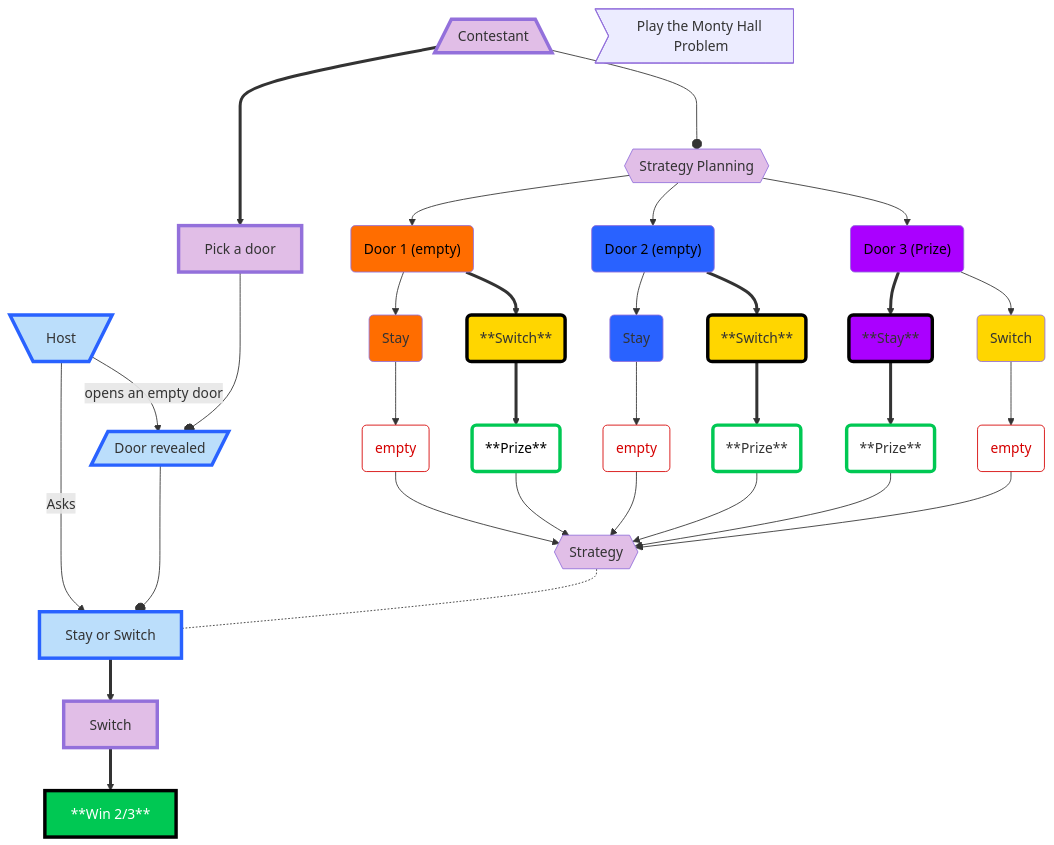
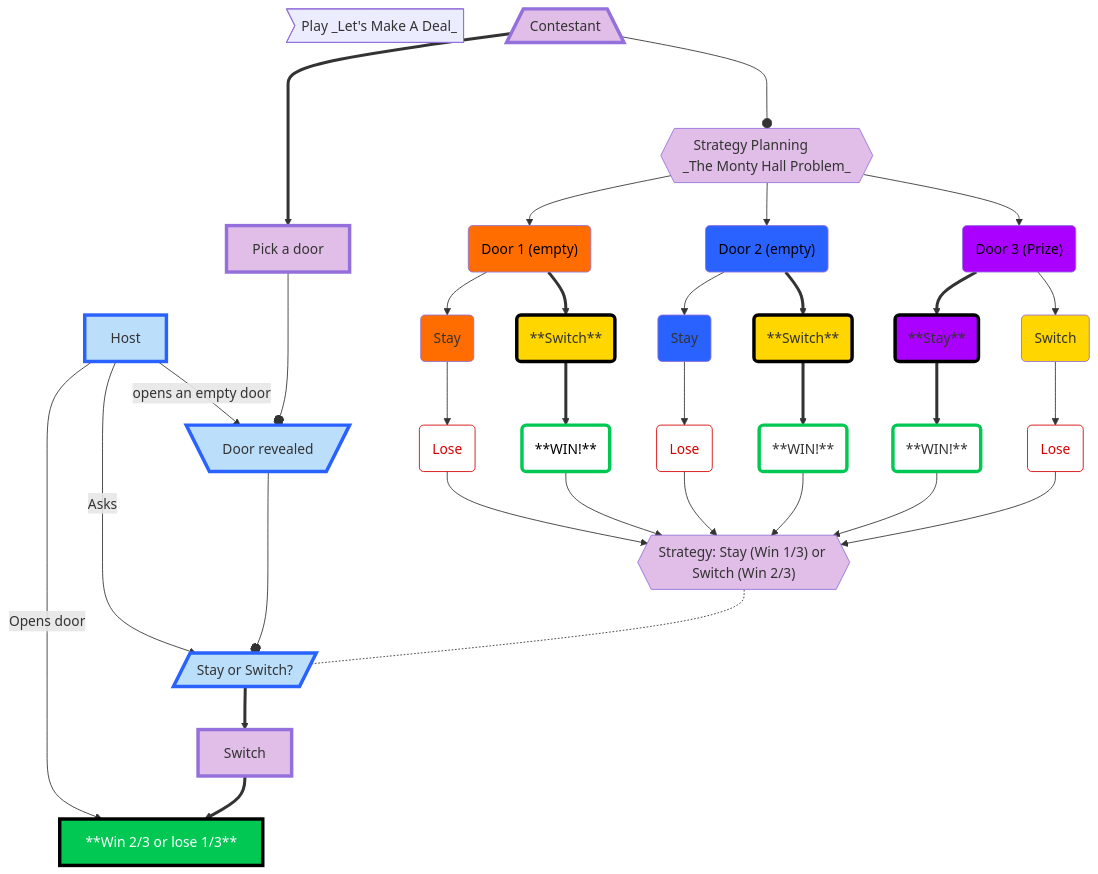
Before and after one commit to BADmommydale/BADmommydale.github.io: the diagram in Diagram.md, drawn with Mermaid. The commit also changed other lines of this file, not shown here.

````diff
--- a/Diagram.md
+++ b/Diagram.md
@@ -1,57 +1,58 @@
 ```mermaid
 flowchart TD
+    A>"Play _Let's Make A Deal_"]
+    G["Host"]
     B["Contestant"] ==> D["Pick a door"]
-    C["Host"] -- opens an empty door --> E["Door revealed"]
+    G -- Opens door --> Y["**Win 2/3 or lose 1/3**"]
     D ---o E
-    C --Asks--> AB
-    E ---o AB["Stay or Switch"]
-    AB ==> G["Switch"]
-    B ---o H["Strategy Planning"]
-    H --> I("Door 1 (empty)") & N("Door 2 (empty)") & S("Door 3 (Prize)")
+    G --Asks--> F["Stay or Switch?"]
+    E ---o F
+    B ---o C["Strategy Planning         _The Monty Hall Problem_"]
+    C --> I("Door 1 (empty)") & N("Door 2 (empty)") & S("Door 3 (Prize)")
     I --> J("Stay")
     I ==> K("**Switch**")
-    J --> L("empty")
-    K ==> M("**Prize**")
+    J --> L("Lose")
+    K ==> M("**WIN!**")
     N --> O("Stay")
     N ==> P("**Switch**")
-    O --> Q("empty")
-    P ==> R("**Prize**")
+    O --> Q("Lose")
+    P ==> R("**WIN!**")
     S ==> T("**Stay**")
     S --> U("Switch")
-    T ==> V("**Prize**")
-    U --> W("empty")
-    L & M & Q & R & V & W--> F["Strategy"]
-    F -.- AB
-    G ==> Z["**Win 2/3**"]
-    A>"Play the Monty Hall Problem"]
+    T ==> V("**WIN!**")
+    U --> W("Lose")
+    L & M & Q & R & V & W--> H["Strategy: Stay (Win 1/3) or Switch (Win 2/3)"]
+    H -.- F
+    F ==> X["Switch"]
+    X ==> Y
+    G -- opens an empty door --> E["Door revealed"]
     B@{ shape: trap-b}
-    C@{ shape: trap-t}
-    E@{ shape: lean-r}
-    F@{ shape: hex}
+    C@{ shape: hex}
+    E@{ shape: trap-t}
+    F@{ shape: lean-r}
     H@{ shape: hex}
     style B fill:#E1BEE7, stroke-width:4px,stroke-dasharray: 0
-    style C fill:#BBDEFB,stroke:#2962FF,stroke-width:4px,stroke-dasharray: 0
+    style H fill:#E1BEE7,stroke-dasharray: 0
     style D fill:#E1BEE7, stroke-width:4px,stroke-dasharray: 0
     style E fill:#BBDEFB,stroke:#2962FF,stroke-width:4px,stroke-dasharray: 0
-    style F fill:#E1BEE7
-    style G fill:#E1BEE7, stroke-width:4px,stroke-dasharray: 0
-    style H fill:#E1BEE7
+    style F fill:#BBDEFB,stroke:#2962FF,stroke-width:4px,stroke-dasharray: 0
+    style G fill:#BBDEFB,stroke:#2962FF,stroke-width:4px,stroke-dasharray: 0
+    style C fill:#E1BEE7,stroke-dasharray: 0
     style I color:#000000,fill:#FF6D00
-    style N color:#000000,fill:#2962FF
-    style S color:#000000,fill:#AA00FF
     style J fill:#FF6D00
-    style M fill:transparent,stroke-width:4px,stroke-dasharray: 0,stroke:#00C853,color:#000000
     style K fill:#FFD600,stroke-width:4px,stroke-dasharray: 0,stroke:#000000
     style L fill:transparent,stroke:#D50000,color:#D50000
     style M fill:transparent,stroke-width:4px,stroke-dasharray: 0,stroke:#00C853,color:#000000
+    style N color:#000000,fill:#2962FF
     style O fill:#2962FF
     style P fill:#FFD600,stroke-width:4px,stroke-dasharray: 0,stroke:#000000
     style Q fill:transparent,stroke:#D50000,color:#D50000
     style R fill:transparent,stroke-width:4px,stroke-dasharray: 0,stroke:#00C853
+    style S color:#000000,fill:#AA00FF
     style T fill:#AA00FF,stroke-width:4px,stroke-dasharray: 0,stroke:#000000
     style U fill:#FFD600
     style V fill:transparent,stroke-width:4px,stroke-dasharray: 0,stroke:#00C853
     style W fill:transparent,stroke:#D50000,color:#D50000
-    style Z fill:#00C853,color:#FFFFFF,stroke-width:4px,stroke-dasharray: 0,stroke:#000000
-    style AB fill:#BBDEFB,stroke:#2962FF,stroke-width:4px,stroke-dasharray: 0
+    style X fill:#E1BEE7, stroke-width:4px,stroke-dasharray: 0
+    style Y fill:#00C853,color:#FFFFFF,stroke-width:4px,stroke-dasharray: 0,stroke:#000000
 ```
````
